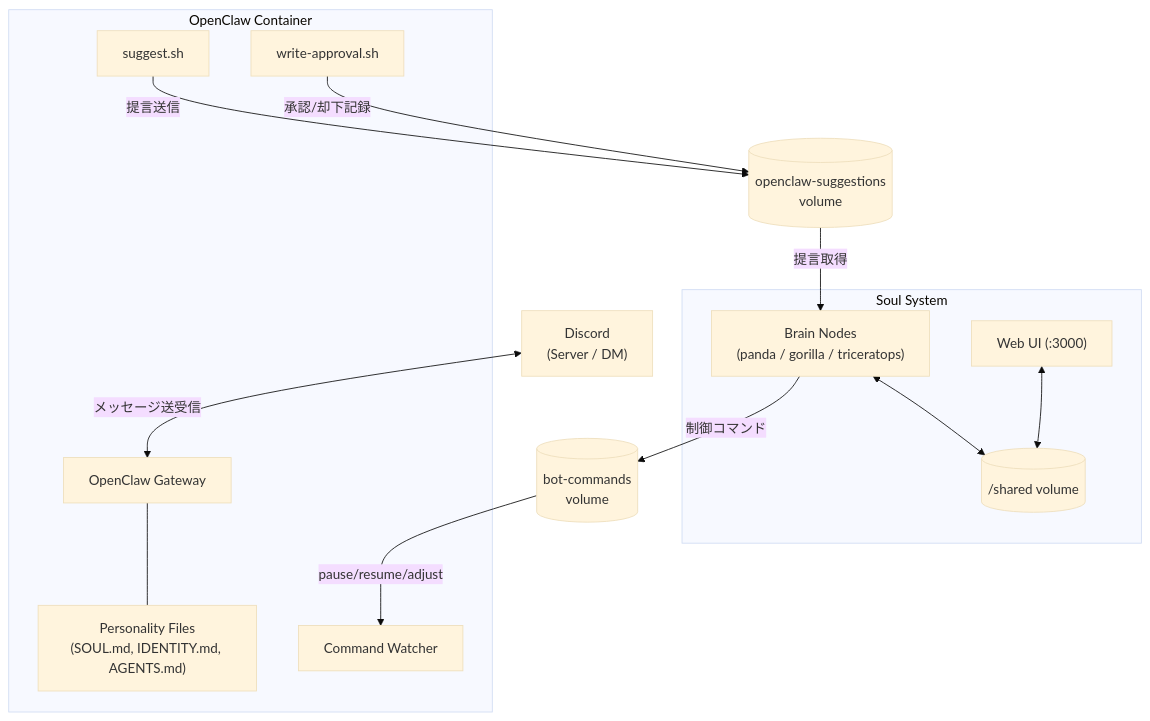
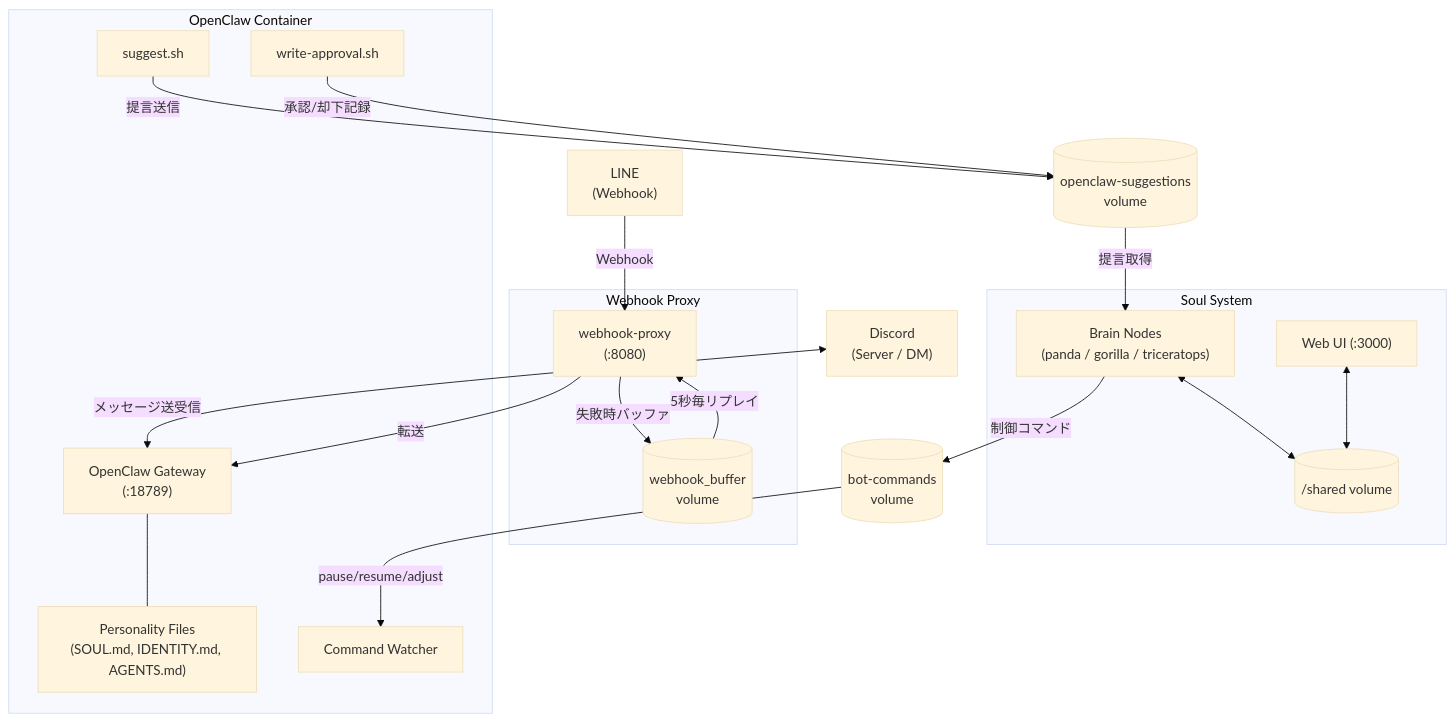
The diagram in README.md (tamemasa/soul), drawn with Mermaid (base theme) before and after one commit. The commit also changed other lines of this file and 7 other files, not shown here.

````diff
--- a/README.md
+++ b/README.md
@@ -95,28 +99,38 @@
 ```mermaid
 graph TB
     subgraph Soul System
         Brain["Brain Nodes<br/>(panda / gorilla / triceratops)"]
         WebUI["Web UI (:3000)"]
         Shared[("/shared volume")]
     end
 
+    subgraph Webhook Proxy
+        Proxy["webhook-proxy<br/>(:8080)"]
+        Buffer[("webhook_buffer<br/>volume")]
+    end
+
     subgraph OpenClaw Container
-        Gateway["OpenClaw Gateway"]
+        Gateway["OpenClaw Gateway<br/>(:18789)"]
         Watcher["Command Watcher"]
         Suggest["suggest.sh"]
         Approval["write-approval.sh"]
         Personality["Personality Files<br/>(SOUL.md, IDENTITY.md, AGENTS.md)"]
     end
 
     Discord["Discord<br/>(Server / DM)"]
+    LINE["LINE<br/>(Webhook)"]
 
     Discord <-->|メッセージ送受信| Gateway
+    LINE -->|Webhook| Proxy
+    Proxy -->|転送| Gateway
+    Proxy -->|失敗時バッファ| Buffer
+    Buffer -->|5秒毎リプレイ| Proxy
     Gateway --- Personality
     Brain -->|制御コマンド| BotCmd[("bot-commands<br/>volume")]
     BotCmd -->|pause/resume/adjust| Watcher
     Suggest -->|提言送信| SugVol[("openclaw-suggestions<br/>volume")]
     SugVol -->|提言取得| Brain
     Approval -->|承認/却下記録| SugVol
     Brain <--> Shared
     WebUI <--> Shared
 ```
````
